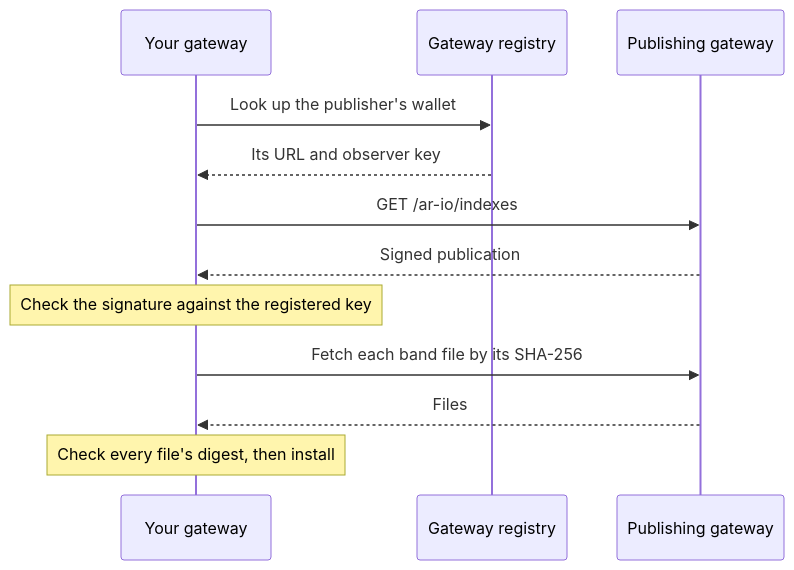
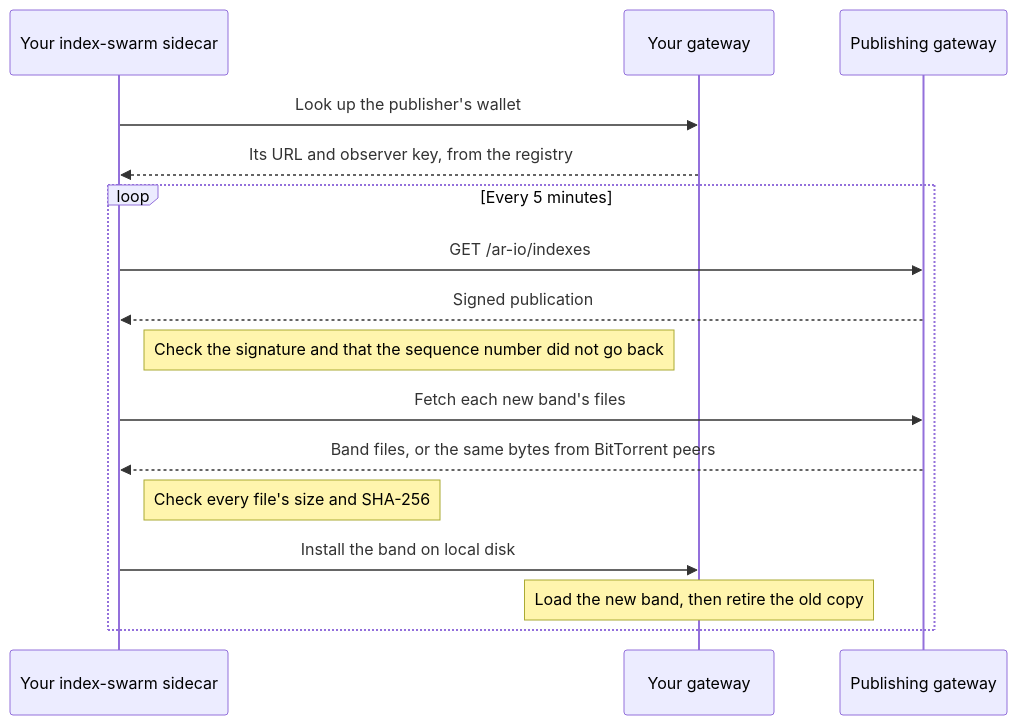
One commit to ar-io/docs changed the first of 2 diagrams in content/learn/gateways/index-sharing.mdx. Above: the diagram before and after it, drawn with Mermaid. The commit also changed other lines of this file and 25 other files, not shown here.

````diff
--- a/content/learn/gateways/index-sharing.mdx
+++ b/content/learn/gateways/index-sharing.mdx
@@ -19,15 +19,21 @@
 ```mermaid
 sequenceDiagram
-    participant Sub as Your gateway
-    participant Reg as Gateway registry
+    accTitle: A subscriber trusts the registry for the publisher's key and checks every file before it installs a band
+    accDescr: The index-swarm sidecar asks its own gateway for the publisher's registry entry, which gives the publisher's URL and observer key. It fetches the signed publication from the publisher and checks the signature and that the sequence did not go back. It then fetches each new band's files and checks every file's size and SHA-256 before installing the band where its gateway loads it.
+    participant Sub as Your index-swarm sidecar
+    participant GW as Your gateway
     participant Pub as Publishing gateway
 
-    Sub->>Reg: Look up the publisher's wallet
-    Reg-->>Sub: Its URL and observer key
-    Sub->>Pub: GET /ar-io/indexes
-    Pub-->>Sub: Signed publication
-    Note over Sub: Check the signature against the registered key
-    Sub->>Pub: Fetch each band file by its SHA-256
-    Pub-->>Sub: Files
-    Note over Sub: Check every file's digest, then install
+    Sub->>GW: Look up the publisher's wallet
+    GW-->>Sub: Its URL and observer key, from the registry
+    loop Every 5 minutes
+        Sub->>Pub: GET /ar-io/indexes
+        Pub-->>Sub: Signed publication
+        Note right of Sub: Check the signature and that the sequence number did not go back
+        Sub->>Pub: Fetch each new band's files
+        Pub-->>Sub: Band files, or the same bytes from BitTorrent peers
+        Note right of Sub: Check every file's size and SHA-256
+        Sub->>GW: Install the band on local disk
+        Note over GW: Load the new band, then retire the old copy
+    end
 ```
````
